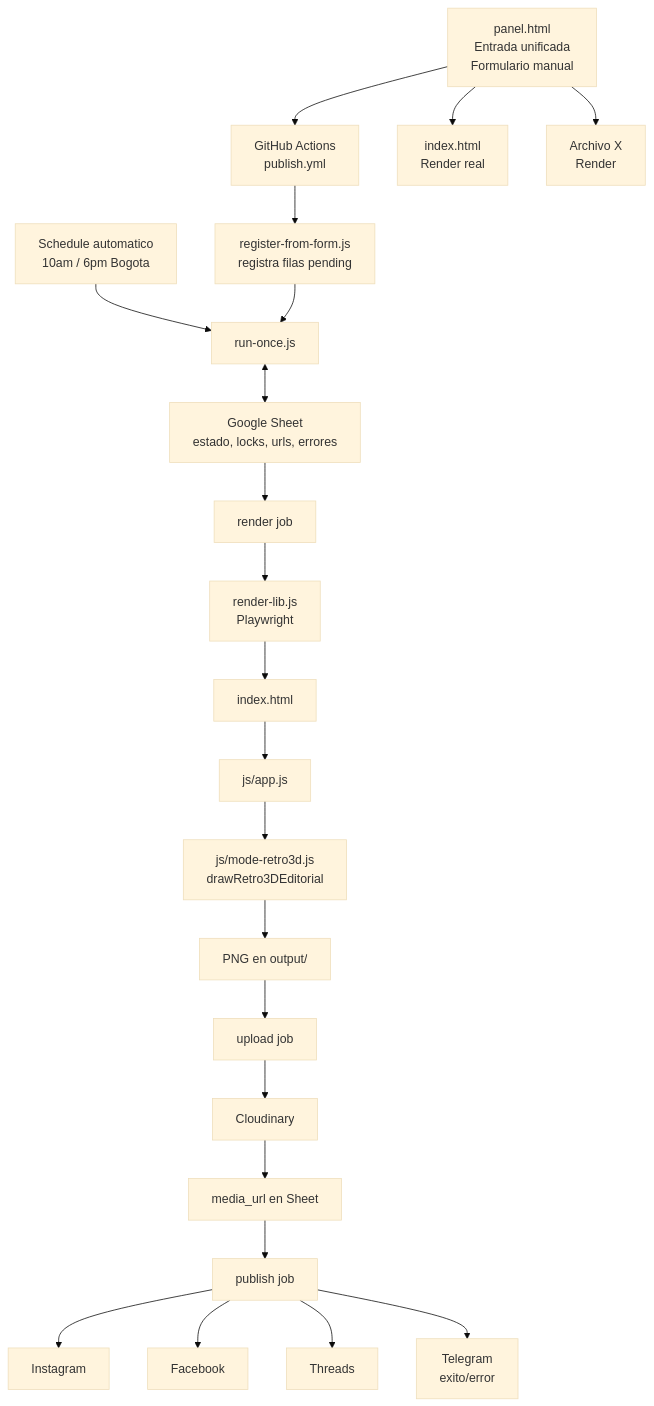
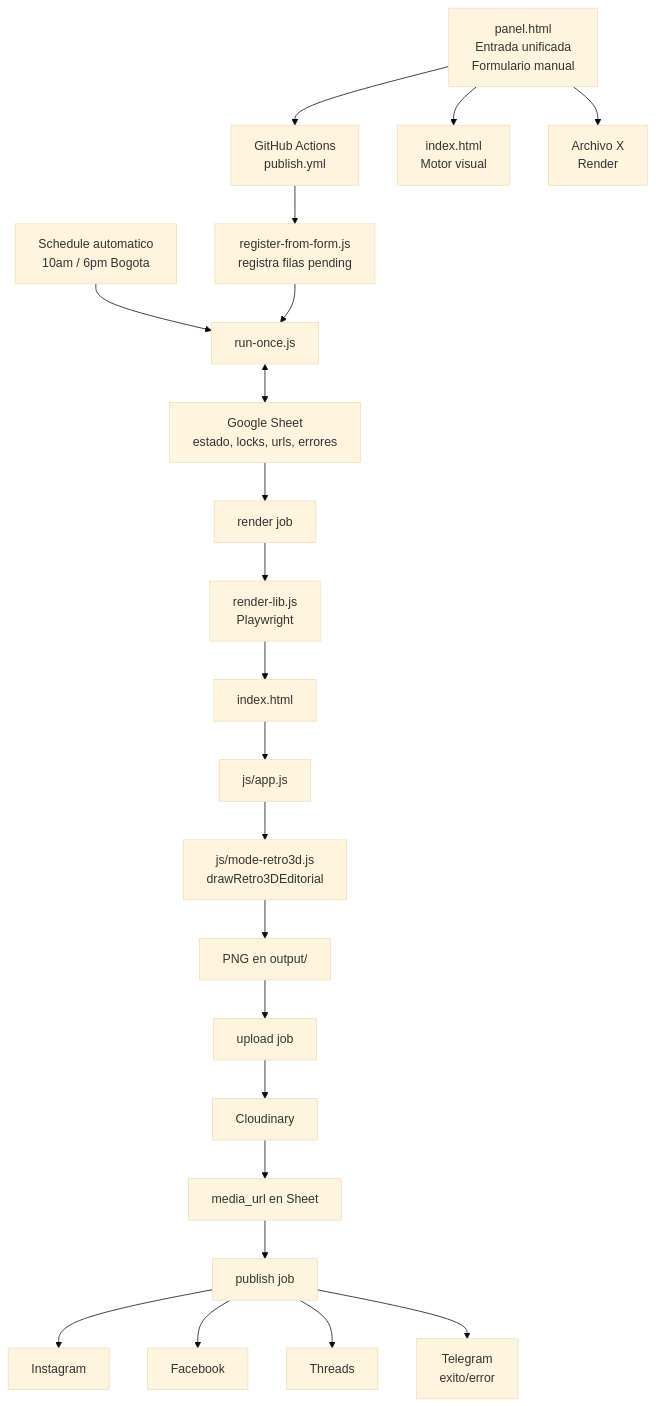
One commit to viktoriavikulya/frase-generator-v2 changed the first of 3 diagrams in docs/mapa-del-proyecto.md. Above: the diagram before and after it, drawn with Mermaid (base theme). The commit also changed other lines of this file and 4 other files, not shown here.

````diff
--- a/docs/mapa-del-proyecto.md
+++ b/docs/mapa-del-proyecto.md
@@ -9,29 +9,29 @@
 ```mermaid
 flowchart TD
   Z[panel.html<br/>Entrada unificada<br/>Formulario manual] --> A[GitHub Actions<br/>publish.yml]
-  Z --> Y[index.html<br/>Render real]
+  Z --> Y[index.html<br/>Motor visual]
   Z --> X[Archivo X<br/>Render]
   A --> C[register-from-form.js<br/>registra filas pending]
 
   D[Schedule automatico<br/>10am / 6pm Bogota] --> E[run-once.js]
   C --> E
 
   E <--> F[Google Sheet<br/>estado, locks, urls, errores]
 
   F --> G[render job]
   G --> H[render-lib.js<br/>Playwright]
   H --> I[index.html]
   I --> J[js/app.js]
   J --> K[js/mode-retro3d.js<br/>drawRetro3DEditorial]
   K --> L[PNG en output/]
 
   L --> M[upload job]
   M --> N[Cloudinary]
   N --> O[media_url en Sheet]
 
   O --> P[publish job]
   P --> Q[Instagram]
   P --> R[Facebook]
   P --> S[Threads]
   P --> T[Telegram<br/>exito/error]
 ```
````
